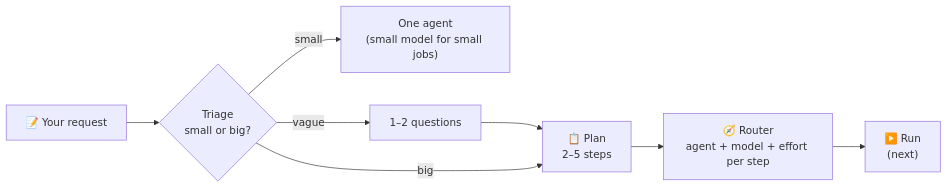
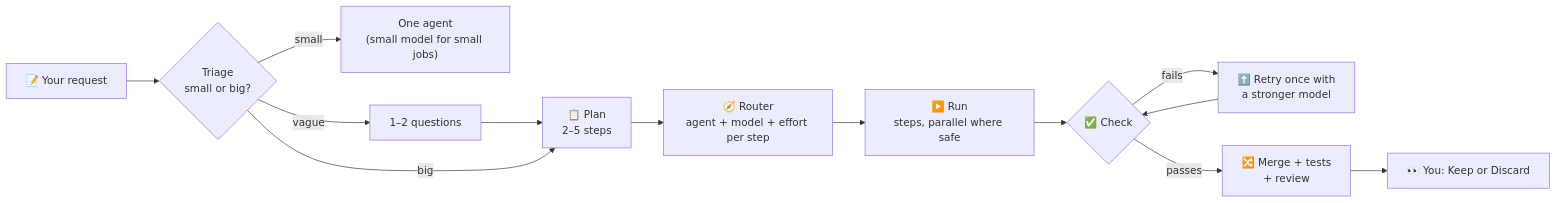
Before and after one commit to vashisthaharshit/AI-hub: the first of 2 diagrams in README.md, drawn with Mermaid. The commit also changed other lines of this file and 27 other files, not shown here.

````diff
--- a/README.md
+++ b/README.md
@@ -165,9 +165,13 @@
 ```mermaid
 flowchart LR
     R["📝 Your request"] --> T{"Triage<br/>small or big?"}
     T -- small --> D["One agent<br/>(small model for small jobs)"]
     T -- vague --> Q["1–2 questions"] --> P
     T -- big --> P["📋 Plan<br/>2–5 steps"]
     P --> RT["🧭 Router<br/>agent + model + effort per step"]
-    RT --> RUN["▶️ Run<br/>(next)"]
+    RT --> RUN["▶️ Run<br/>steps, parallel where safe"]
+    RUN --> CK{"✅ Check"}
+    CK -- fails --> UP["⬆️ Retry once with<br/>a stronger model"] --> CK
+    CK -- passes --> MG["🔀 Merge + tests<br/>+ review"]
+    MG --> K["👀 You: Keep or Discard"]
 ```
````
